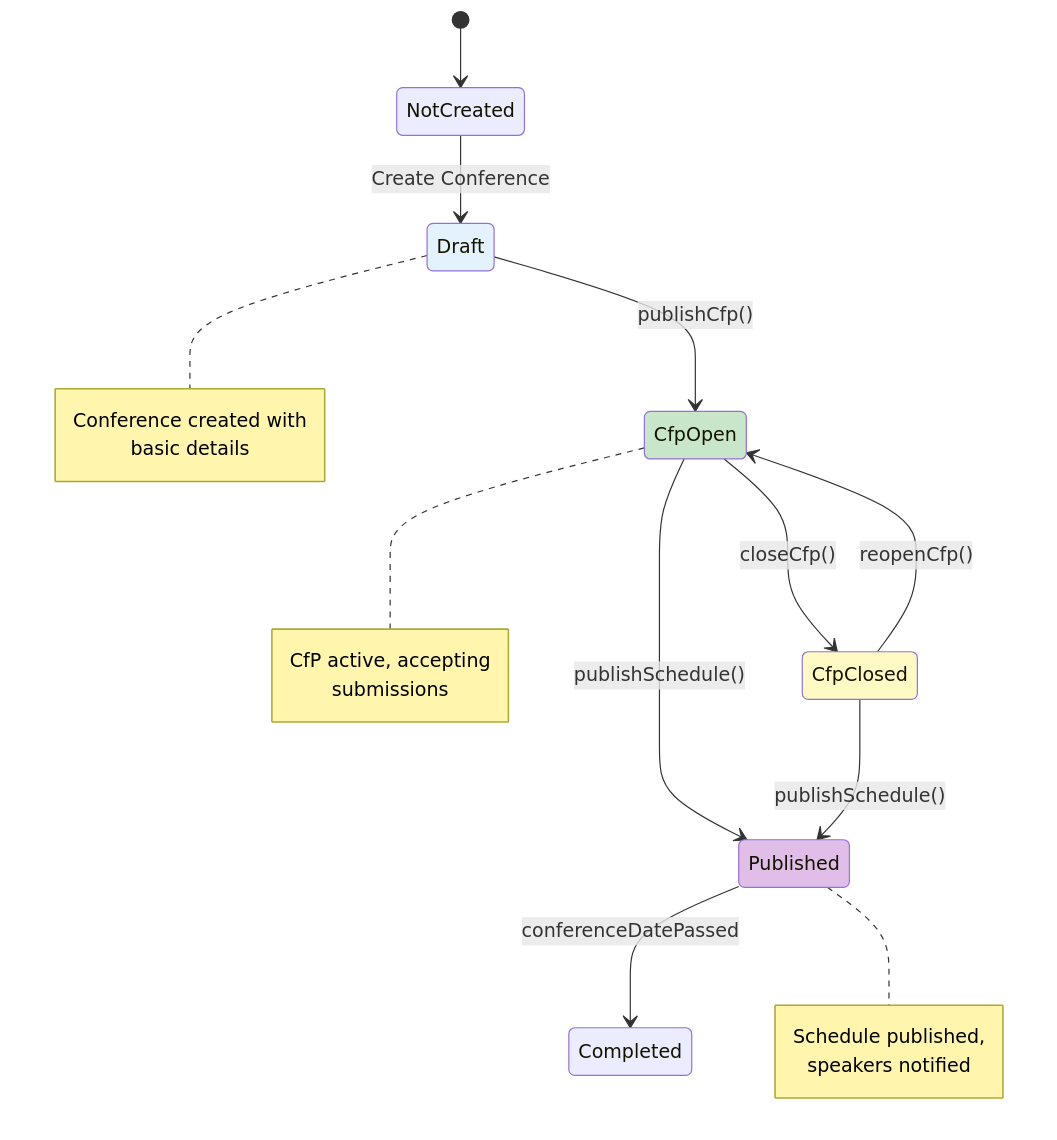
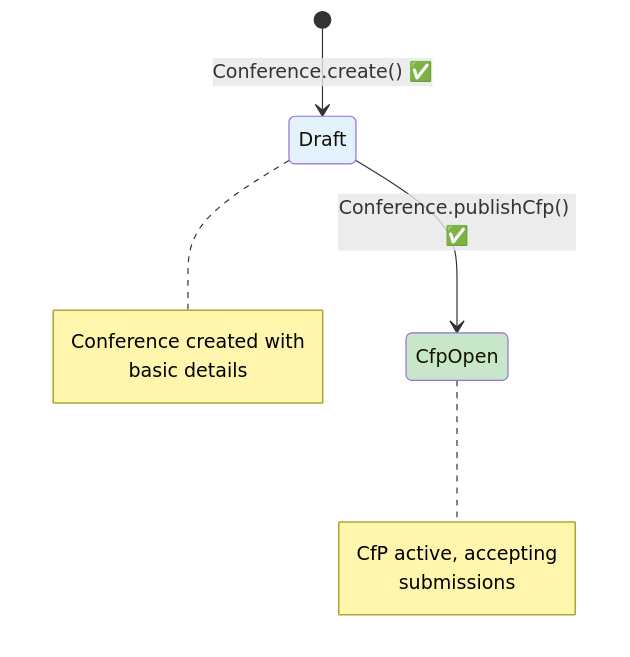
The third of 3 diagrams in docs/product/bounded-contexts/conference/flows/journey-01-setup-conference.md (faparicior/SessioFlow), drawn with Mermaid before and after one commit. The commit also changed other lines of this file and 1 other file, not shown here.

Commit message:
docs: update conference bounded context README and setup journey flow to reflect Wave 1 implementation details

````diff
--- a/docs/product/bounded-contexts/conference/flows/journey-01-setup-conference.md
+++ b/docs/product/bounded-contexts/conference/flows/journey-01-setup-conference.md
@@ -344,31 +363,18 @@
 ```mermaid
 stateDiagram-v2
-    [*] --> NotCreated
-    NotCreated --> Draft: Create Conference
-    Draft --> CfpOpen: publishCfp()
-    CfpOpen --> CfpClosed: closeCfp()
-    CfpClosed --> CfpOpen: reopenCfp()
-    CfpOpen --> Published: publishSchedule()
-    CfpClosed --> Published: publishSchedule()
-    Published --> Completed: conferenceDatePassed
-    
+    [*] --> Draft: Conference.create() ✅
+    Draft --> CfpOpen: Conference.publishCfp() ✅
+
     note right of Draft
         Conference created with
         basic details
     end note
-    
+
     note right of CfpOpen
         CfP active, accepting
         submissions
     end note
-    
-    note right of Published
-        Schedule published,
-        speakers notified
-    end note
-    
+
     style Draft fill:#e3f2fd
     style CfpOpen fill:#c8e6c9
-    style CfpClosed fill:#fff9c4
-    style Published fill:#e1bee7
 ```
````
